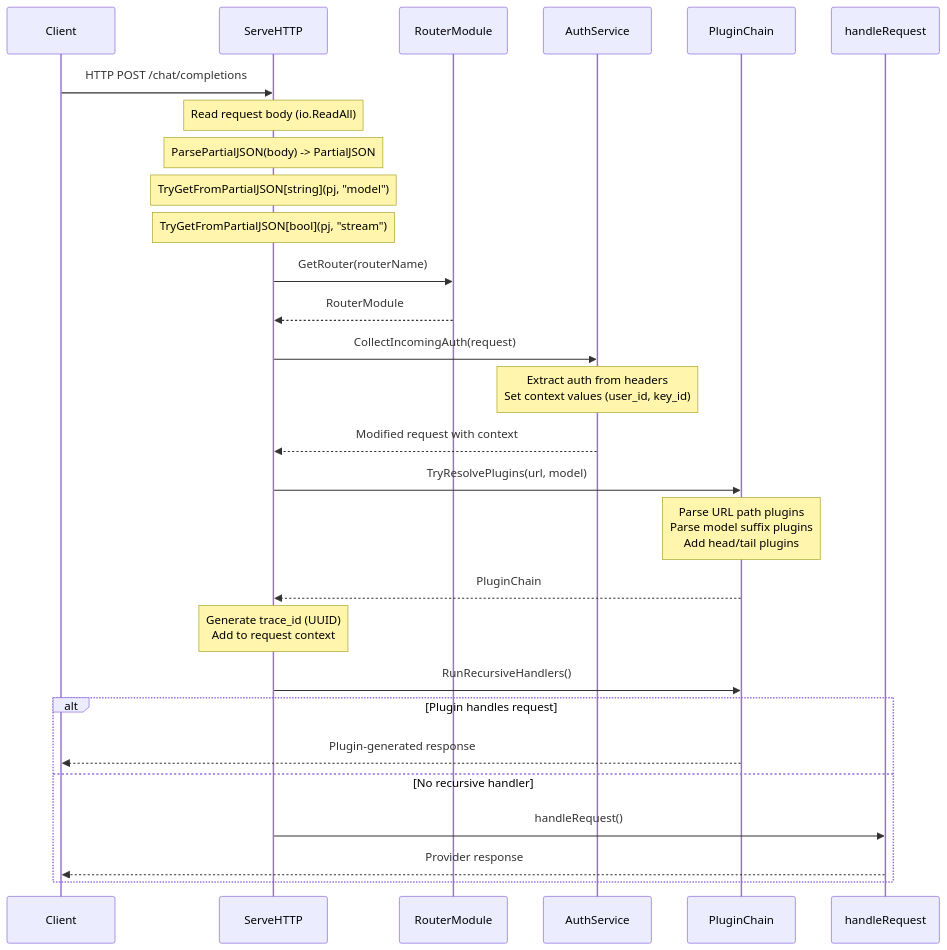
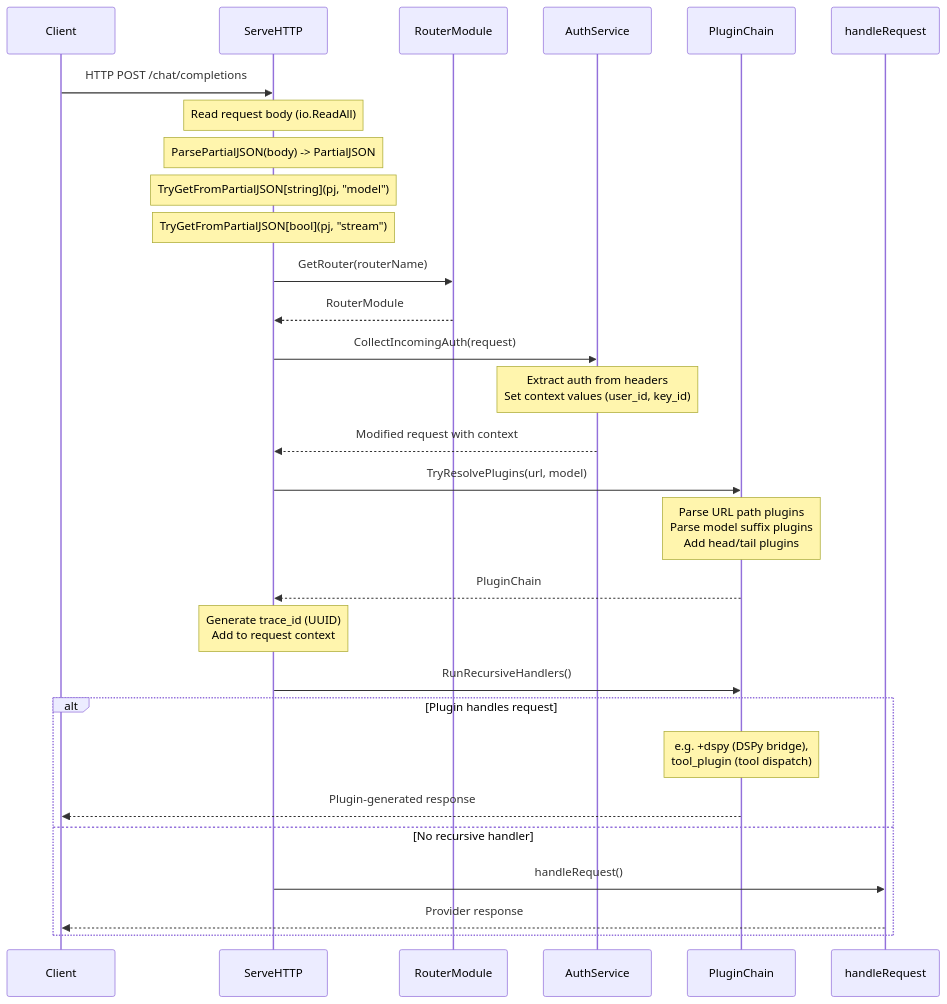
The second of 13 diagrams in docs/ai_chat_completions_flow.md (neutrome-labs/open-ai-router), drawn with Mermaid before and after one commit. The commit also changed 12 other files, not shown here.

Commit message:
feat: dspy plugin

````diff
--- a/docs/ai_chat_completions_flow.md
+++ b/docs/ai_chat_completions_flow.md
@@ -79,36 +79,37 @@
 ```mermaid
 sequenceDiagram
     participant Client
     participant ServeHTTP as ServeHTTP
     participant Router as RouterModule
     participant Auth as AuthService
     participant Plugins as PluginChain
     participant HandleReq as handleRequest
     
     Client->>ServeHTTP: HTTP POST /chat/completions
     Note over ServeHTTP: Read request body (io.ReadAll)
     Note over ServeHTTP: ParsePartialJSON(body) -> PartialJSON
     Note over ServeHTTP: TryGetFromPartialJSON[string](pj, "model")
     Note over ServeHTTP: TryGetFromPartialJSON[bool](pj, "stream")
     
     ServeHTTP->>Router: GetRouter(routerName)
     Router-->>ServeHTTP: RouterModule
     
     ServeHTTP->>Auth: CollectIncomingAuth(request)
     Note over Auth: Extract auth from headers<br/>Set context values (user_id, key_id)
     Auth-->>ServeHTTP: Modified request with context
     
     ServeHTTP->>Plugins: TryResolvePlugins(url, model)
     Note over Plugins: Parse URL path plugins<br/>Parse model suffix plugins<br/>Add head/tail plugins
     Plugins-->>ServeHTTP: PluginChain
     
     Note over ServeHTTP: Generate trace_id (UUID)<br/>Add to request context
     
     ServeHTTP->>Plugins: RunRecursiveHandlers()
     alt Plugin handles request
+        Note over Plugins: e.g. +dspy (DSPy bridge),<br/>tool_plugin (tool dispatch)
         Plugins-->>Client: Plugin-generated response
     else No recursive handler
         ServeHTTP->>HandleReq: handleRequest()
         HandleReq-->>Client: Provider response
     end
 ```
````
